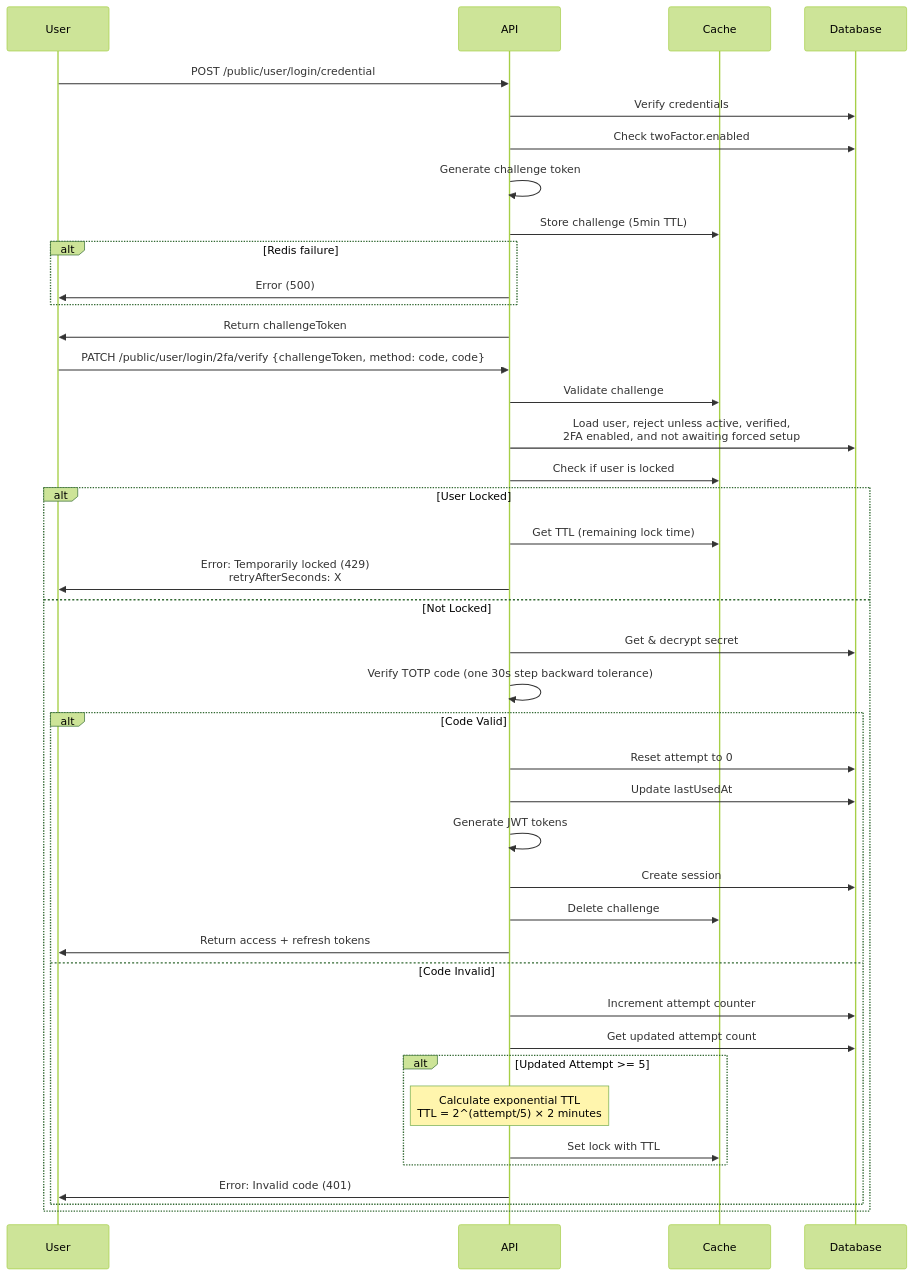
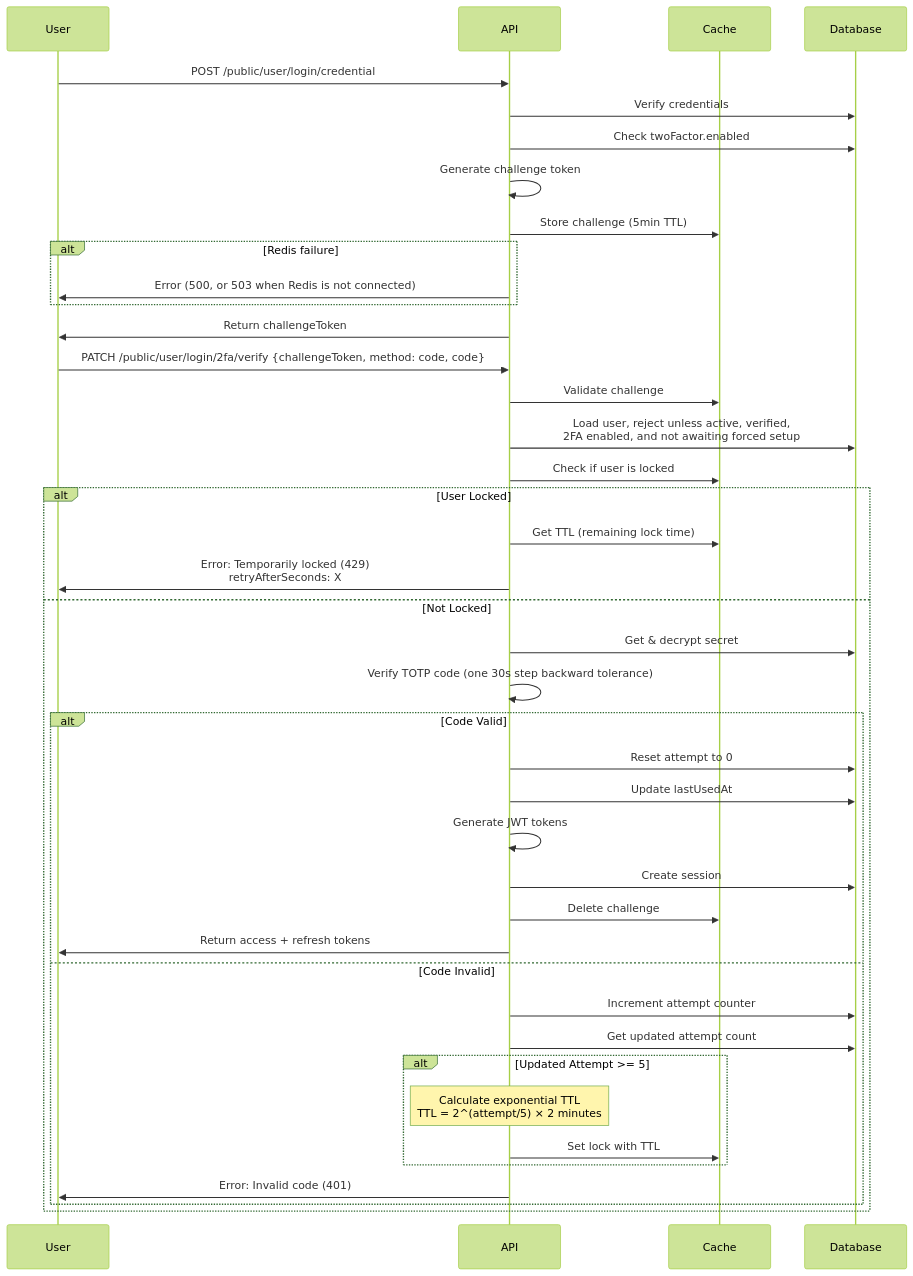
The second of 9 diagrams in docs/two-factor.md (andrechristikan/ack-nestjs-boilerplate), drawn with Mermaid (forest theme) before and after one commit. The commit also changed other lines of this file and 387 other files, not shown here.

````diff
--- a/docs/two-factor.md
+++ b/docs/two-factor.md
@@ -282,44 +282,44 @@
 ```mermaid
 sequenceDiagram
     participant User
     participant API
     participant Cache
     participant Database
 
     User->>API: POST /public/user/login/credential
     API->>Database: Verify credentials
     API->>Database: Check twoFactor.enabled
     API->>API: Generate challenge token
     API->>Cache: Store challenge (5min TTL)
     alt Redis failure
-        API->>User: Error (500)
+        API->>User: Error (500, or 503 when Redis is not connected)
     end
     API->>User: Return challengeToken
     User->>API: PATCH /public/user/login/2fa/verify {challengeToken, method: code, code}
     API->>Cache: Validate challenge
     API->>Database: Load user, reject unless active, verified,<br/>2FA enabled, and not awaiting forced setup
     API->>Cache: Check if user is locked
     alt User Locked
         API->>Cache: Get TTL (remaining lock time)
         API->>User: Error: Temporarily locked (429)<br/>retryAfterSeconds: X
     else Not Locked
         API->>Database: Get & decrypt secret
         API->>API: Verify TOTP code (one 30s step backward tolerance)
         alt Code Valid
             API->>Database: Reset attempt to 0
             API->>Database: Update lastUsedAt
             API->>API: Generate JWT tokens
             API->>Database: Create session
             API->>Cache: Delete challenge
             API->>User: Return access + refresh tokens
         else Code Invalid
             API->>Database: Increment attempt counter
             API->>Database: Get updated attempt count
             alt Updated Attempt >= 5
                 Note over API: Calculate exponential TTL<br/>TTL = 2^(attempt/5) × 2 minutes
                 API->>Cache: Set lock with TTL
             end
             API->>User: Error: Invalid code (401)
         end
     end
 ```
````
